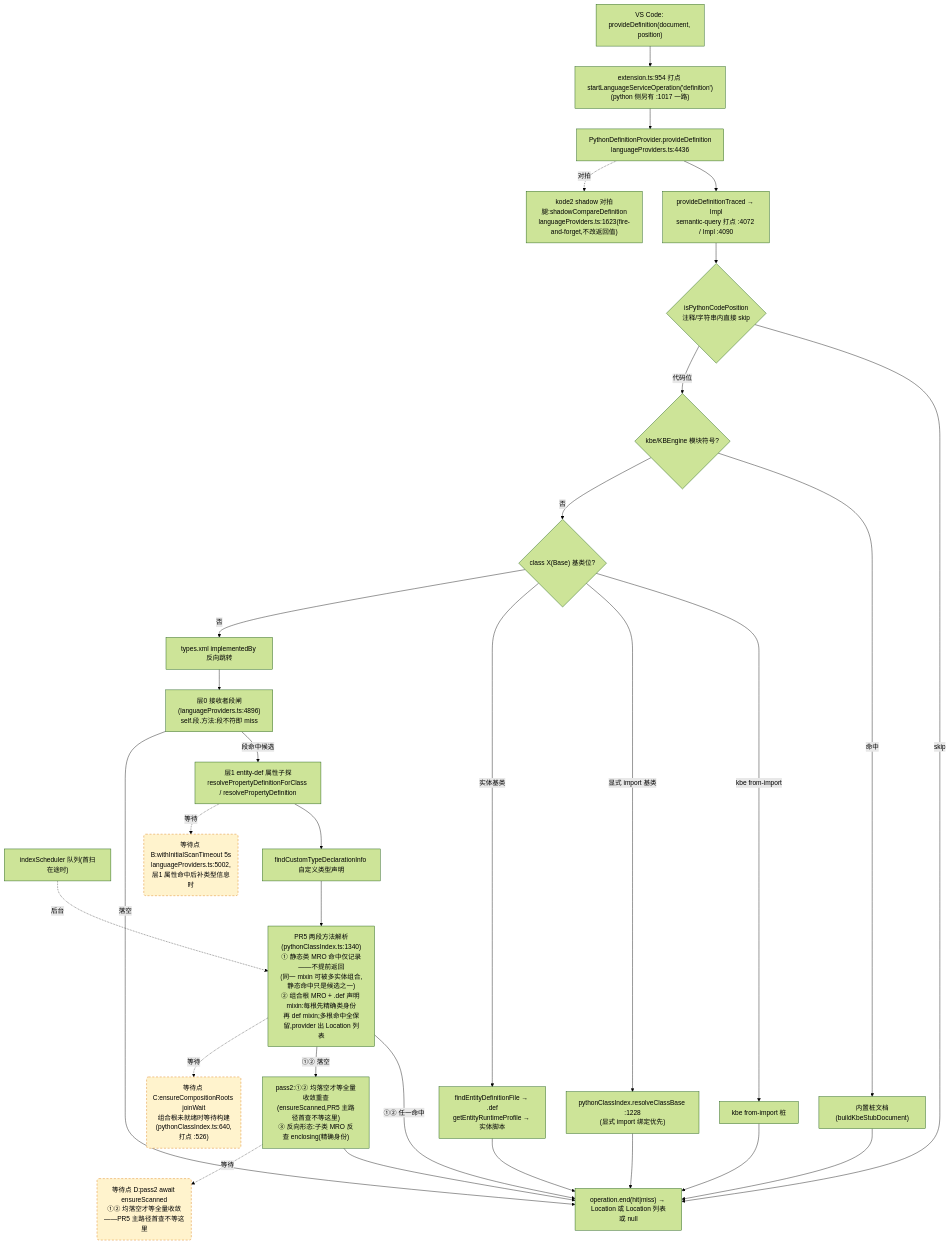
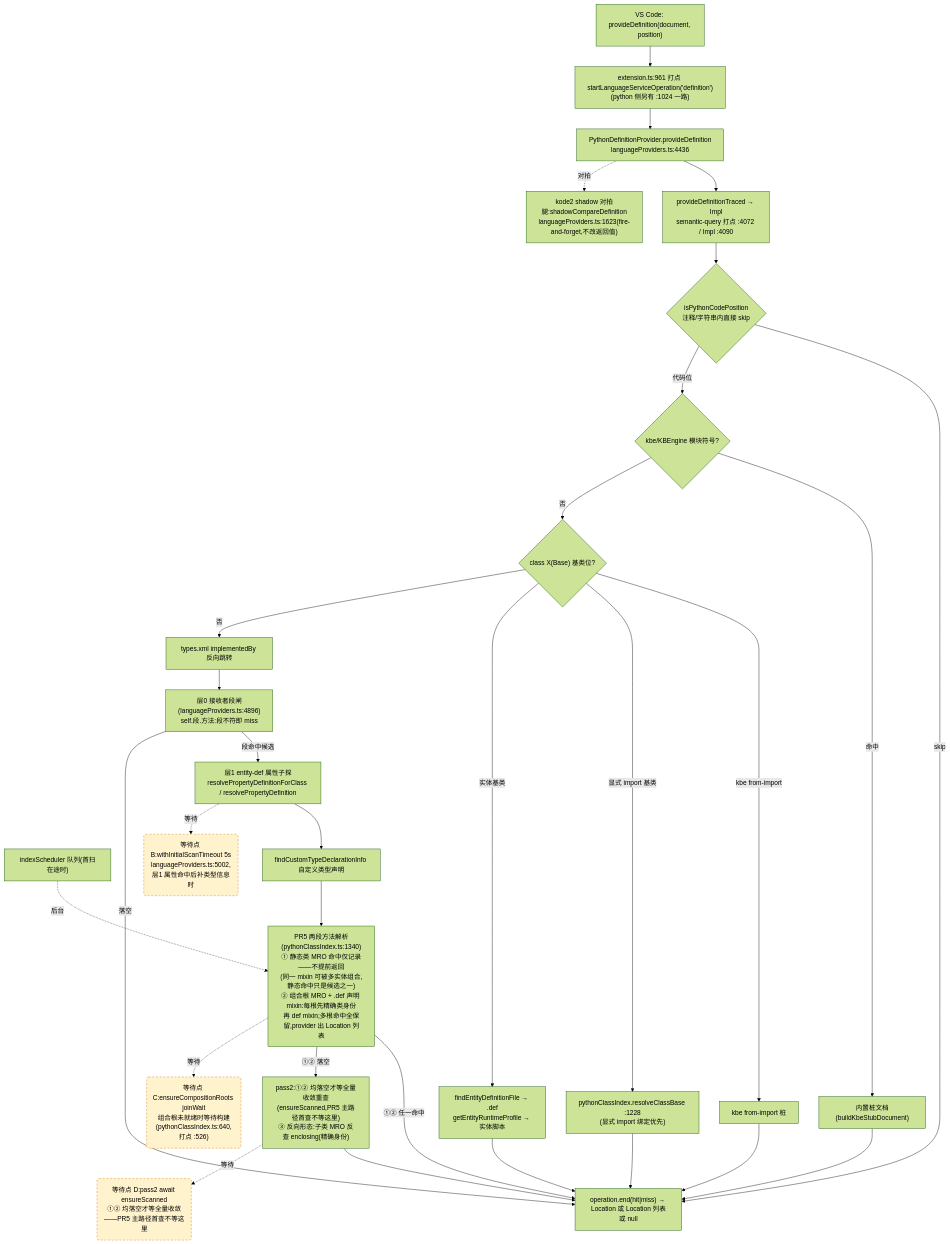
Before and after one commit to cuihairu/kode: the second of 4 diagrams in docs/perf/2026-baseline.md, drawn with Mermaid (forest theme). The commit also changed other lines of this file and 7 other files, not shown here.

Commit message:
perf: cache flow analysis parse by document version

````diff
--- a/docs/perf/2026-baseline.md
+++ b/docs/perf/2026-baseline.md
@@ -130,51 +130,51 @@
 ```mermaid
 flowchart TD
   VC2["VS Code: provideDefinition(document, position)"]
-  M2["extension.ts:954 打点 startLanguageServiceOperation('definition')<br/>(python 侧另有 :1017 一路)"]
+  M2["extension.ts:961 打点 startLanguageServiceOperation('definition')<br/>(python 侧另有 :1024 一路)"]
   AD2["PythonDefinitionProvider.provideDefinition<br/>languageProviders.ts:4436"]
   TR["provideDefinitionTraced → Impl<br/>semantic-query 打点 :4072 / Impl :4090"]
   CTX{"isPythonCodePosition<br/>注释/字符串内直接 skip"}
   KBE{"kbe/KBEngine 模块符号?"}
   STUB["内置桩文档(buildKbeStubDocument)"]
   CB{"class X(Base) 基类位?"}
   CB1["kbe from-import 桩"]
   CB2["pythonClassIndex.resolveClassBase :1228<br/>(显式 import 绑定优先)"]
   CB3["findEntityDefinitionFile → .def<br/>getEntityRuntimeProfile → 实体脚本"]
   REV["types.xml implementedBy 反向跳转"]
   L0["层0 接收者段闸(languageProviders.ts:4896)<br/>self.段.方法:段不符即 miss"]
   L1["层1 entity-def 属性子探<br/>resolvePropertyDefinitionForClass / resolvePropertyDefinition"]
   SCAN["indexScheduler 队列(首扫在途时)"]
   TY["findCustomTypeDeclarationInfo 自定义类型声明"]
   MRO["PR5 两段方法解析(pythonClassIndex.ts:1340)<br/>① 静态类 MRO 命中仅记录——不提前返回<br/>(同一 mixin 可被多实体组合,静态命中只是候选之一)<br/>② 组合根 MRO + .def 声明 mixin:每根先精确类身份<br/>再 def mixin;多根命中全保留,provider 出 Location 列表"]
   PASS2["pass2:①② 均落空才等全量收敛重查<br/>(ensureScanned,PR5 主路径首查不等这里)<br/>③ 反向形态:子类 MRO 反查 enclosing(精确身份)"]
   SHD["kode2 shadow 对拍腿:shadowCompareDefinition<br/>languageProviders.ts:1623(fire-and-forget,不改返回值)"]
   END2["operation.end(hit|miss) → Location 或 Location 列表或 null"]
 
   VC2 --> M2 --> AD2 --> TR --> CTX
   CTX -- "skip" --> END2
   CTX -- "代码位" --> KBE
   KBE -- "命中" --> STUB --> END2
   KBE -- "否" --> CB
   CB -- "kbe from-import" --> CB1 --> END2
   CB -- "显式 import 基类" --> CB2 --> END2
   CB -- "实体基类" --> CB3 --> END2
   CB -- "否" --> REV --> L0
   L0 -- "段命中候选" --> L1
   L0 -- "落空" --> END2
   L1 --> TY
   TY --> MRO
   MRO -- "①② 任一命中" --> END2
   MRO -- "①② 落空" --> PASS2 --> END2
   AD2 -.->|对拍| SHD
 
   WAITB("等待点 B:withInitialScanTimeout 5s<br/>languageProviders.ts:5002,层1 属性命中后补类型信息时")
   WAITC("等待点 C:ensureCompositionRoots joinWait<br/>组合根未就绪时等待构建(pythonClassIndex.ts:640,打点 :526)")
   WAITD("等待点 D:pass2 await ensureScanned<br/>①② 均落空才等全量收敛——PR5 主路径首查不等这里")
   L1 -.->|等待| WAITB
   MRO -.->|等待| WAITC
   PASS2 -.->|等待| WAITD
   SCAN -.->|后台| MRO
 
   classDef waitPoint fill:#fff3cd,stroke:#d97706,stroke-dasharray:5 4;
   class WAITB,WAITC,WAITD waitPoint;
 ```
````
